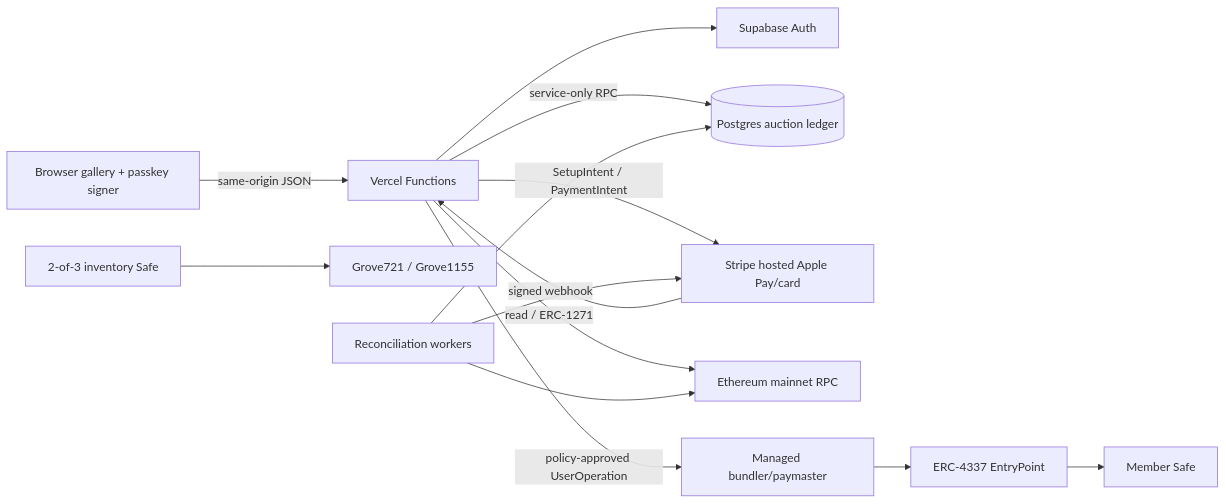
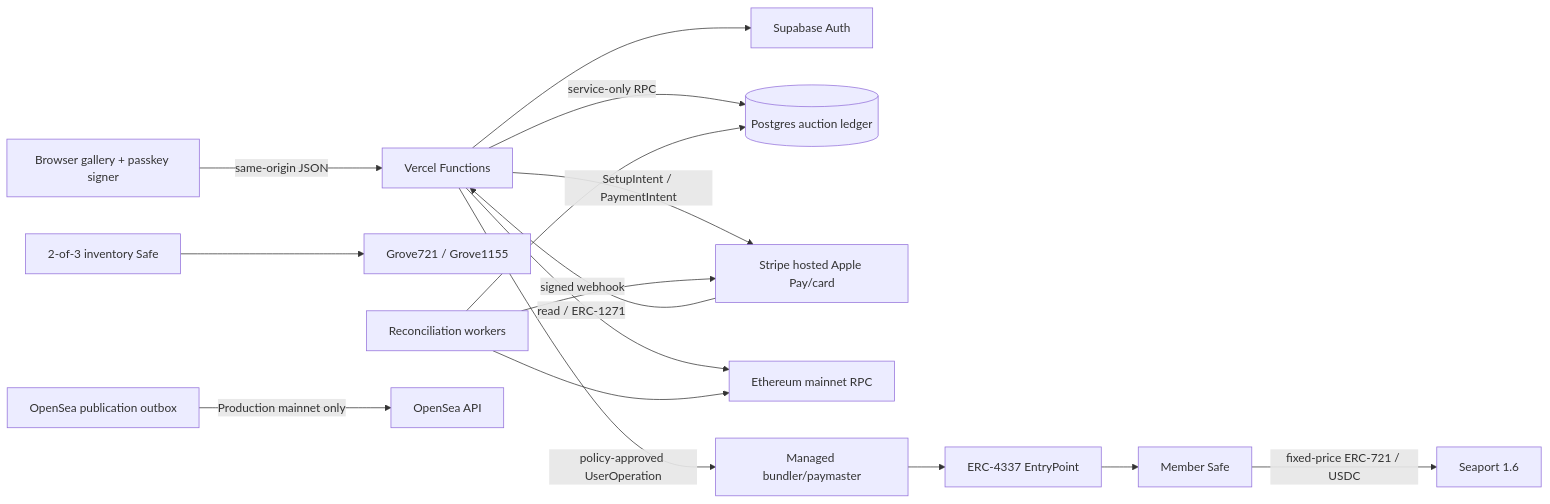
One commit to Greenpoint-Compute-Cooperative/the-old-school-website changed the diagram in docs/ARCHITECTURE.md. Above: the diagram before and after it, drawn with Mermaid. The commit also changed other lines of this file and 32 other files, not shown here.

````diff
--- a/docs/ARCHITECTURE.md
+++ b/docs/ARCHITECTURE.md
@@ -5,16 +5,18 @@
 ```mermaid
 flowchart LR
   B[Browser gallery + passkey signer] -->|same-origin JSON| V[Vercel Functions]
   V --> A[Supabase Auth]
   V -->|service-only RPC| D[(Postgres auction ledger)]
   V -->|SetupIntent / PaymentIntent| S[Stripe hosted Apple Pay/card]
   S -->|signed webhook| V
   V -->|read / ERC-1271| E[Ethereum mainnet RPC]
   V -->|policy-approved UserOperation| P[Managed bundler/paymaster]
   P --> EP[ERC-4337 EntryPoint]
   EP --> U[Member Safe]
   I[2-of-3 inventory Safe] --> N[Grove721 / Grove1155]
   C[Reconciliation workers] --> D
   C --> S
   C --> E
+  U -->|fixed-price ERC-721 / USDC| SP[Seaport 1.6]
+  O[OpenSea publication outbox] -->|Production mainnet only| OS[OpenSea API]
 ```
````
